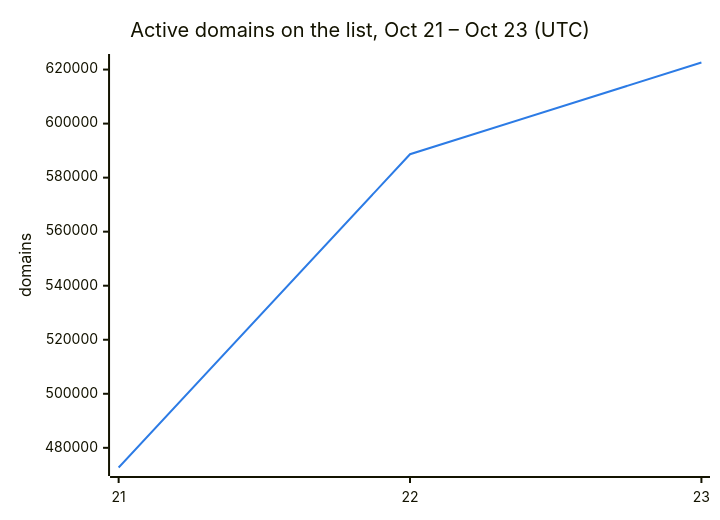
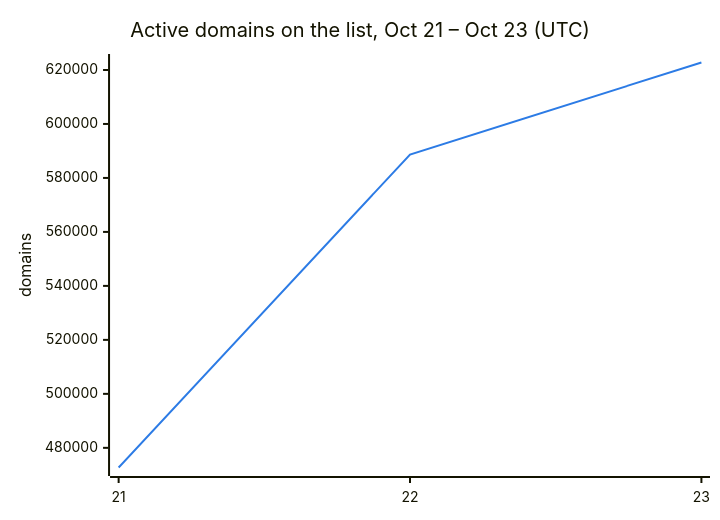
The second of 3 diagrams in README.md (DNSBunker/CTI), drawn with Mermaid before and after one commit. The commit also changed other lines of this file and 3 other files, not shown here.

````diff
--- a/README.md
+++ b/README.md
@@ -38,8 +38,8 @@
 ```mermaid
 %%{init: {"themeVariables": {"xyChart": {"plotColorPalette": "#2c7be5"}}}}%%
 xychart-beta
     title "Active domains on the list, Oct 21 – Oct 23 (UTC)"
     x-axis ["21", "22", "23"]
     y-axis "domains"
-    line [472713, 588659, 622615]
+    line [472713, 588659, 622770]
 ```
````
